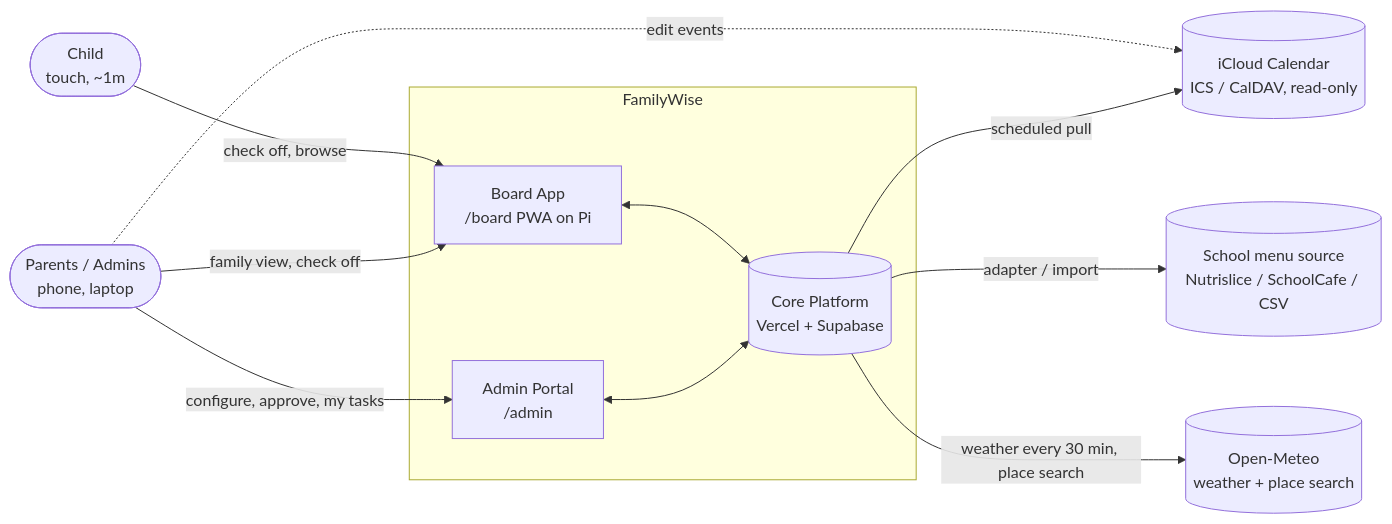
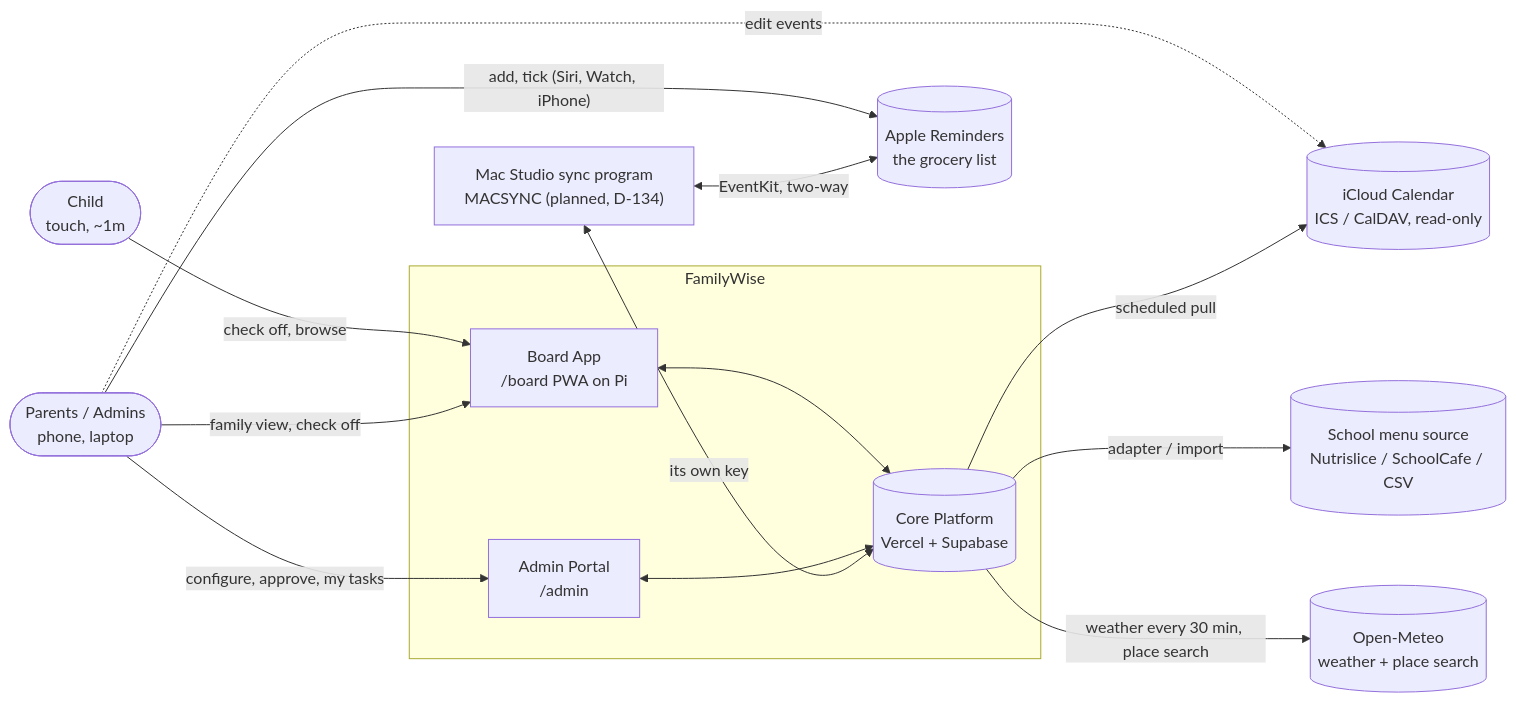
The first of 12 diagrams in docs/01-technical-architecture.md (mronan83/Family-Hub), drawn with Mermaid before and after one commit. The commit also changed other lines of this file and 5 other files, not shown here.

First line of the commit message:
Backlog: the smart grocery list, Apple Reminders kept as the list, synced by the Mac Studio (D-134) (#132)

````diff
--- a/docs/01-technical-architecture.md
+++ b/docs/01-technical-architecture.md
@@ -108,25 +109,30 @@
 ```mermaid
 flowchart LR
   kid(["Child<br/>touch, ~1m"])
   parents(["Parents / Admins<br/>phone, laptop"])
 
   subgraph HB["FamilyWise"]
     board["Board App<br/>/board PWA on Pi"]
     admin["Admin Portal<br/>/admin"]
     core[("Core Platform<br/>Vercel + Supabase")]
     board <--> core
     admin <--> core
   end
 
   apple[("iCloud Calendar<br/>ICS / CalDAV, read-only")]
   menu[("School menu source<br/>Nutrislice / SchoolCafe / CSV")]
   meteo[("Open-Meteo<br/>weather + place search")]
+  mac["Mac Studio sync program<br/>MACSYNC (planned, D-134)"]
+  areminders[("Apple Reminders<br/>the grocery list")]
 
   kid -->|"check off, browse"| board
   parents -->|"configure, approve, my tasks"| admin
   parents -->|"family view, check off"| board
   parents -.->|"edit events"| apple
   core -->|"scheduled pull"| apple
   core -->|"adapter / import"| menu
   core -->|"weather every 30 min, place search"| meteo
+  parents -->|"add, tick (Siri, Watch, iPhone)"| areminders
+  mac <-->|"EventKit, two-way"| areminders
+  mac <-->|"its own key"| core
 ```
````
